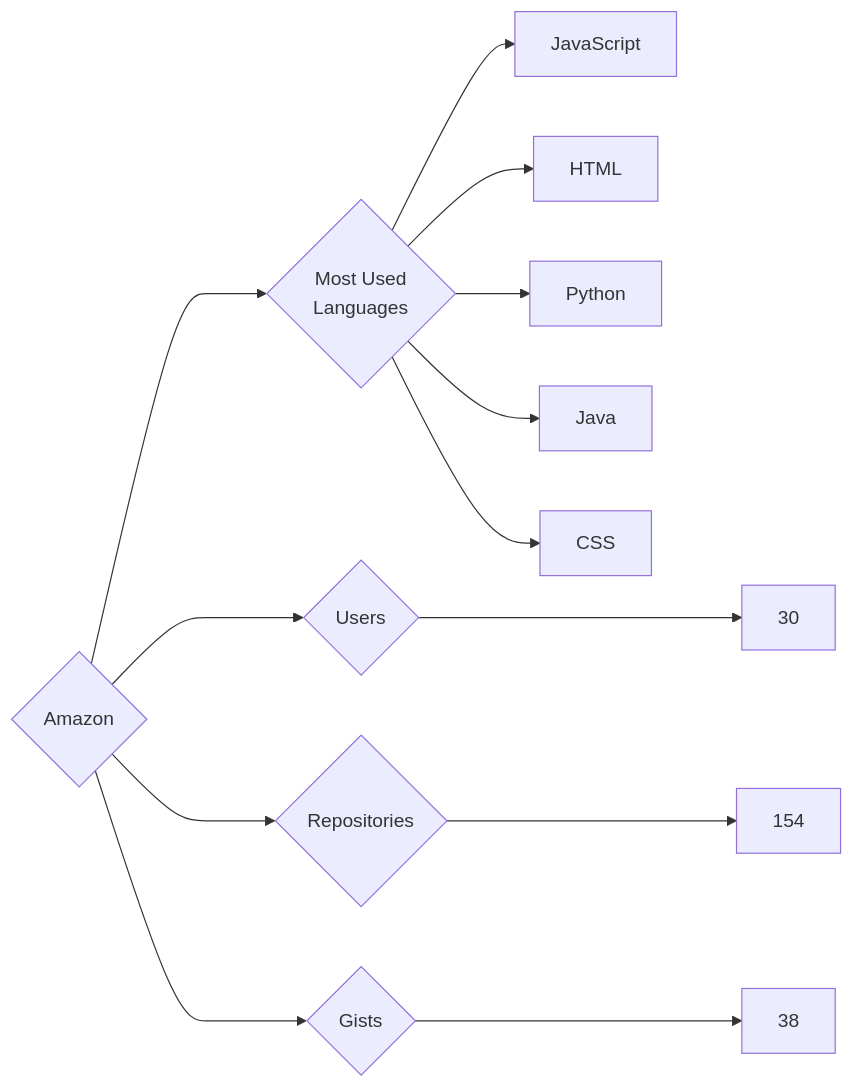
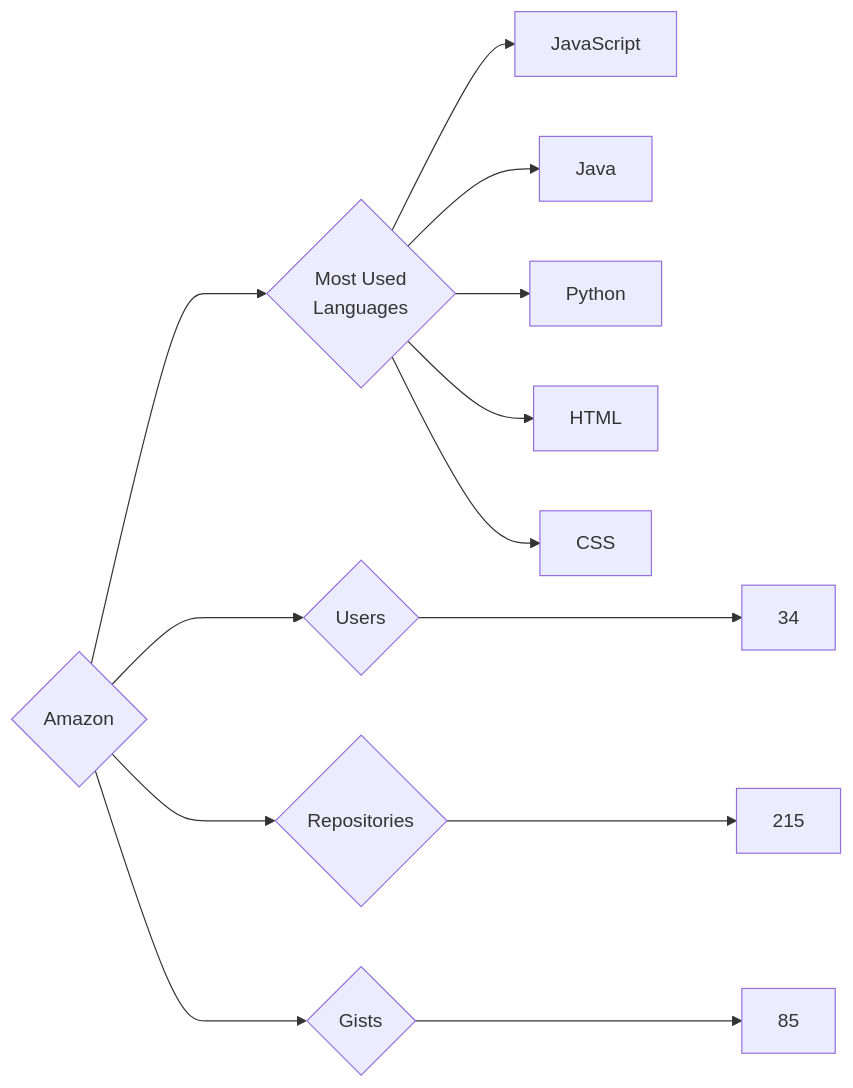
Before and after one commit to trickest/insiders: the diagram in targets/Amazon/README.md, drawn with Mermaid. The commit also changed 914 other files, not shown here.

````diff
--- a/targets/Amazon/README.md
+++ b/targets/Amazon/README.md
@@ -3,13 +3,13 @@
 ```mermaid
 graph LR
 COMPANY_NAME{Amazon}
-COMPANY_NAME ---> U{Users} ---> UN[30]
-COMPANY_NAME ---> R{Repositories} ---> RN[154]
-COMPANY_NAME ---> G{Gists} ---> GN[38]
+COMPANY_NAME ---> U{Users} ---> UN[34]
+COMPANY_NAME ---> R{Repositories} ---> RN[215]
+COMPANY_NAME ---> G{Gists} ---> GN[85]
 COMPANY_NAME ---> ML{Most Used<br>Languages}
 ML --> JavaScript[JavaScript]
+ML --> Java[Java]
+ML --> Python[Python]
 ML --> HTML[HTML]
-ML --> Python[Python]
-ML --> Java[Java]
 ML --> CSS[CSS]
 ```
````
